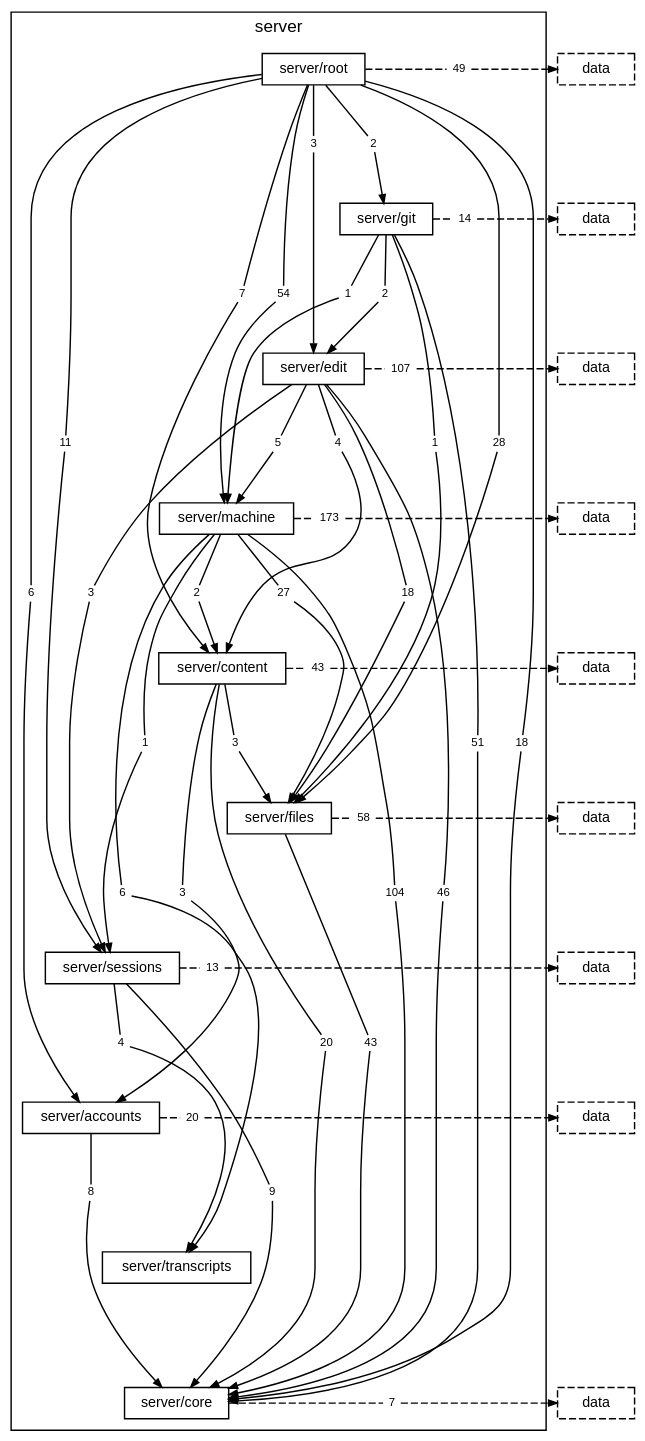
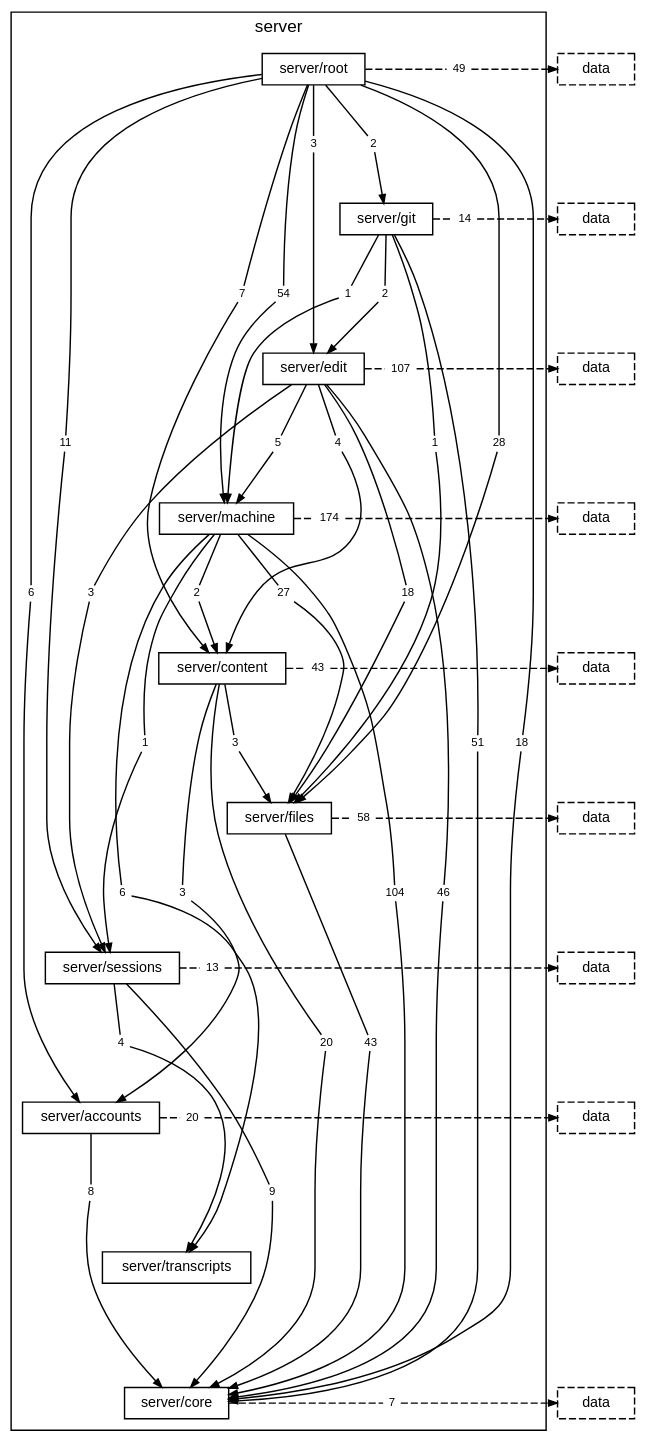
Before and after one commit to TheAxeC/oculus: the diagram in docs/diagrams/layer-server.dot, drawn with Graphviz. The commit also changed 27 other files, not shown here.

```diff
--- a/docs/diagrams/layer-server.dot
+++ b/docs/diagrams/layer-server.dot
@@ -39,7 +39,7 @@
         "folder server/machine to folder server/files" [label="27", shape=box, color="transparent", fontsize=8, width=0, height=0, margin="0.04,0.02"];
         "folder server/machine to folder server/sessions" [label="1", shape=box, color="transparent", fontsize=8, width=0, height=0, margin="0.04,0.02"];
         "folder server/machine to folder server/transcripts" [label="6", shape=box, color="transparent", fontsize=8, width=0, height=0, margin="0.04,0.02"];
-        "folder server/machine to layer data" [label="173", shape=box, color="transparent", fontsize=8, width=0, height=0, margin="0.04,0.02"];
+        "folder server/machine to layer data" [label="174", shape=box, color="transparent", fontsize=8, width=0, height=0, margin="0.04,0.02"];
         "folder server/content to folder server/accounts" [label="3", shape=box, color="transparent", fontsize=8, width=0, height=0, margin="0.04,0.02"];
         "folder server/content to folder server/core" [label="20", shape=box, color="transparent", fontsize=8, width=0, height=0, margin="0.04,0.02"];
         "folder server/content to folder server/files" [label="3", shape=box, color="transparent", fontsize=8, width=0, height=0, margin="0.04,0.02"];
```
